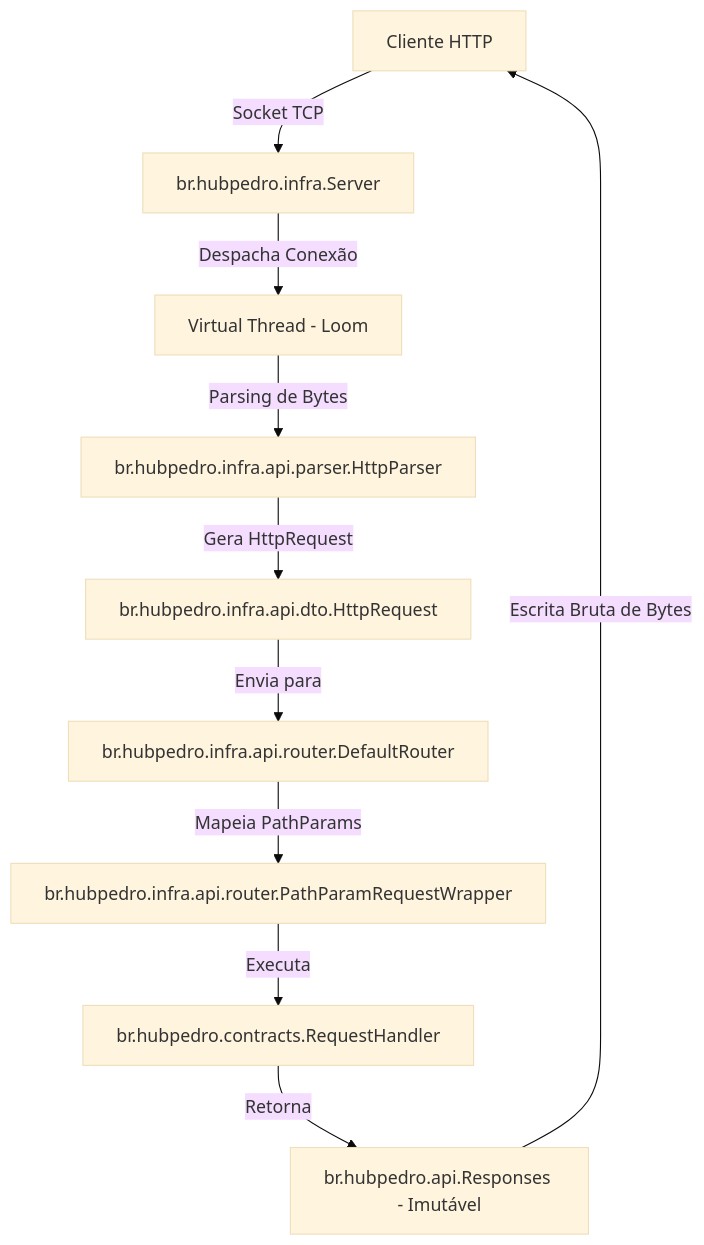
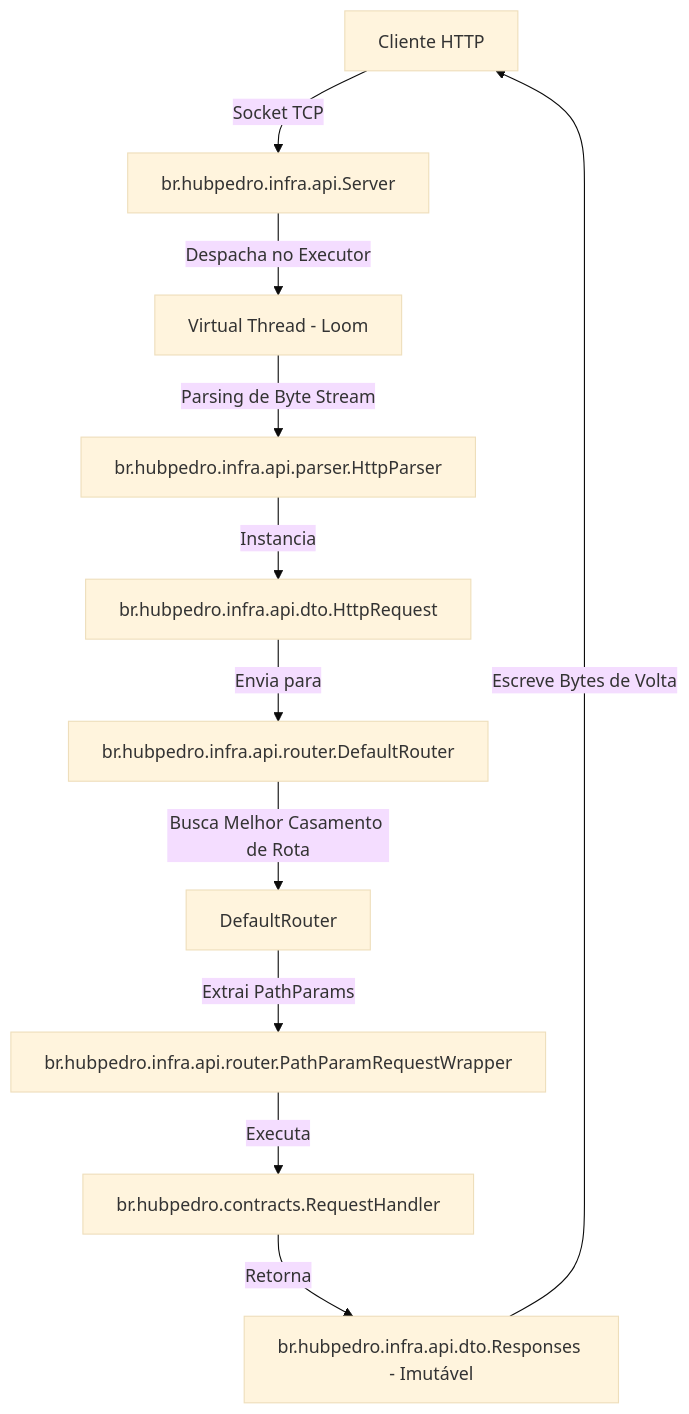
The first of 2 diagrams in README.md (pedrohublab/java-fast-api), drawn with Mermaid (base theme) before and after one commit. The commit also changed other lines of this file, not shown here.

Commit message:
docs: update README with architectural details, flowcharts, and controller scanning explanation

````diff
--- a/README.md
+++ b/README.md
@@ -139,12 +49,13 @@
 ```mermaid
 graph TD
-    Client[Cliente HTTP] -->|Socket TCP| Server[br.hubpedro.infra.Server]
-    Server -->|Despacha Conexão| VirtualThread[Virtual Thread - Loom]
-    VirtualThread -->|Parsing de Bytes| HttpParser[br.hubpedro.infra.api.parser.HttpParser]
-    HttpParser -->|Gera HttpRequest| RequestDTO[br.hubpedro.infra.api.dto.HttpRequest]
-    RequestDTO -->|Envia para| Router[br.hubpedro.infra.api.router.DefaultRouter]
-    Router -->|Mapeia PathParams| Wrapper[br.hubpedro.infra.api.router.PathParamRequestWrapper]
+    Client[Cliente HTTP] -->|Socket TCP| Server[br.hubpedro.infra.api.Server]
+    Server -->|Despacha no Executor| Loom[Virtual Thread - Loom]
+    Loom -->|Parsing de Byte Stream| HttpParser[br.hubpedro.infra.api.parser.HttpParser]
+    HttpParser -->|Instancia| ReqDTO[br.hubpedro.infra.api.dto.HttpRequest]
+    ReqDTO -->|Envia para| Router[br.hubpedro.infra.api.router.DefaultRouter]
+    Router -->|Busca Melhor Casamento de Rota| DefaultRouter
+    DefaultRouter -->|Extrai PathParams| Wrapper[br.hubpedro.infra.api.router.PathParamRequestWrapper]
     Wrapper -->|Executa| Handler[br.hubpedro.contracts.RequestHandler]
-    Handler -->|Retorna| HttpResponse[br.hubpedro.api.Responses - Imutável]
-    HttpResponse -->|Escrita Bruta de Bytes| Client
+    Handler -->|Retorna| HttpResponse[br.hubpedro.infra.api.dto.Responses - Imutável]
+    HttpResponse -->|Escreve Bytes de Volta| Client
 ```
````
